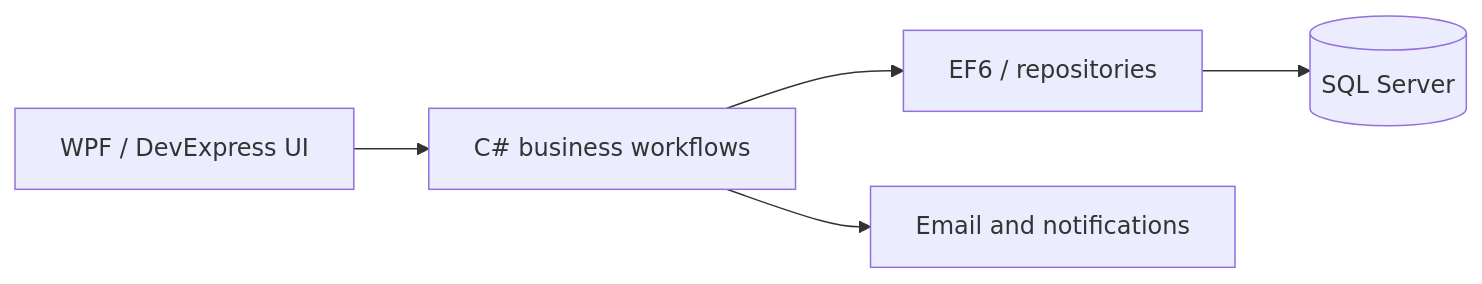
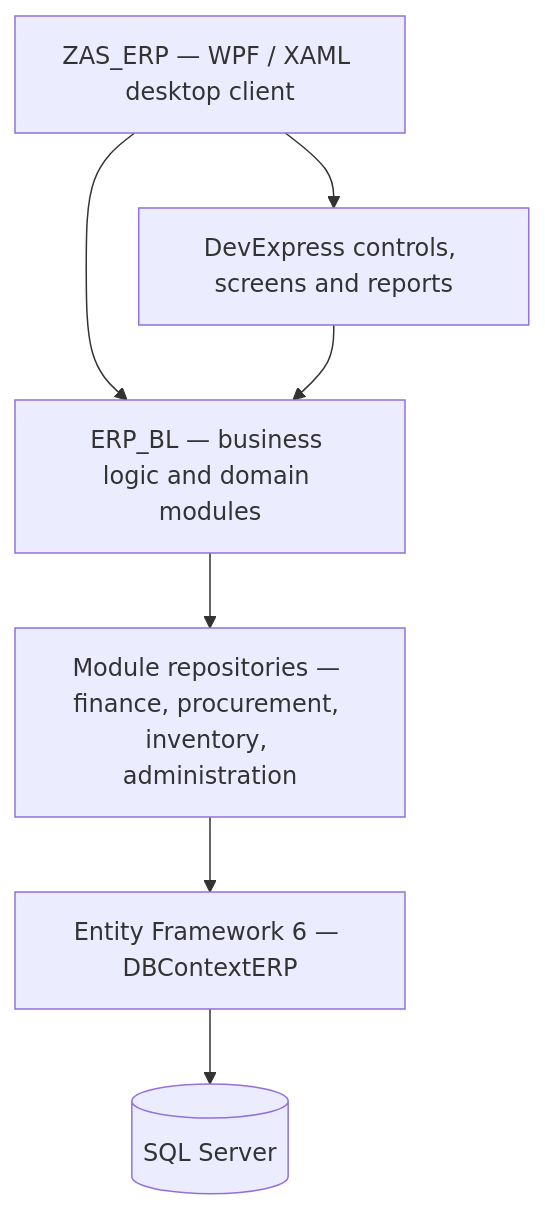
The diagram in README.md (talhajavedawan/portfolio), drawn with Mermaid before and after one commit. The commit also changed other lines of this file, not shown here.

Commit message:
Ground Customised ERP architecture overview in SmartERP repository structure

````diff
--- a/README.md
+++ b/README.md
@@ -29,7 +31,9 @@
 ```mermaid
-flowchart LR
-    UI["WPF / DevExpress UI"] --> Logic["C# business workflows"]
-    Logic --> Data["EF6 / repositories"]
-    Data --> DB[("SQL Server")]
-    Logic --> Integrations["Email and notifications"]
+flowchart TD
+    UI["ZAS_ERP — WPF / XAML desktop client"] --> Screens["DevExpress controls, screens and reports"]
+    UI --> BL["ERP_BL — business logic and domain modules"]
+    Screens --> BL
+    BL --> Repos["Module repositories — finance, procurement, inventory, administration"]
+    Repos --> EF["Entity Framework 6 — DBContextERP"]
+    EF --> SQL[("SQL Server")]
 ```
````
